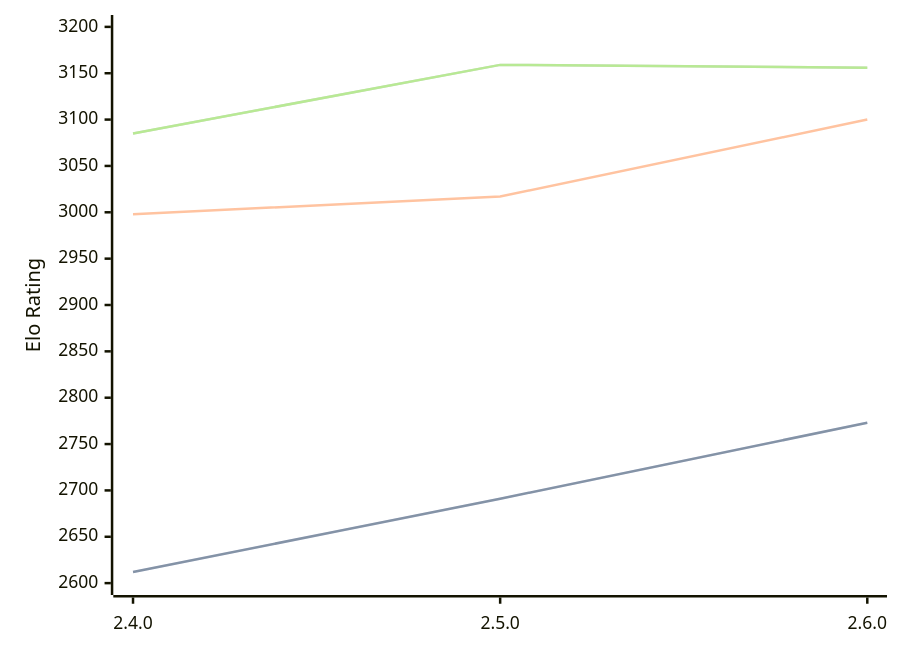
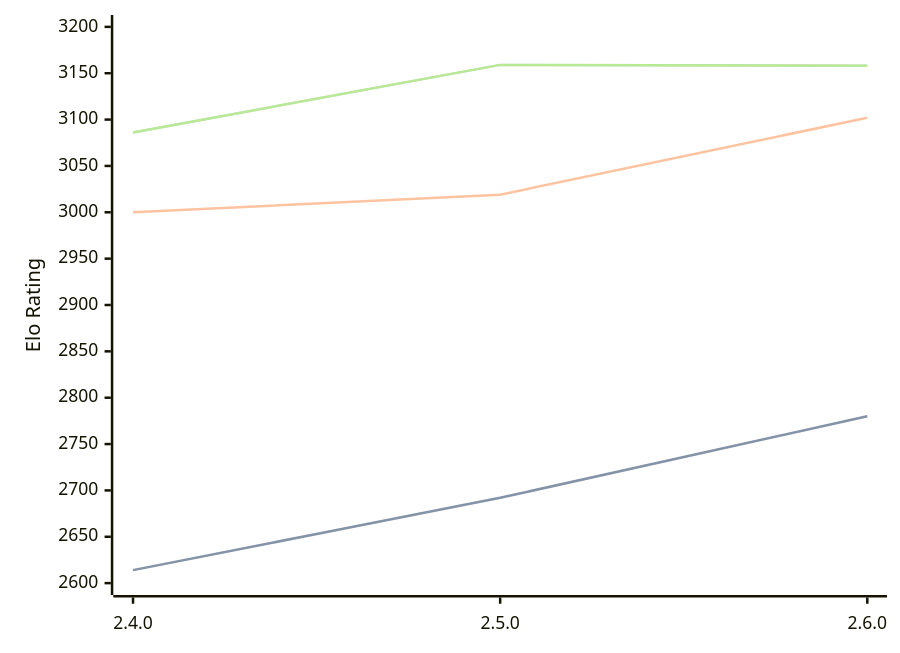
One commit to computer-chess-index/cci changed the diagram in engines/Sturddle2.md. Above: the diagram before and after it, drawn with Mermaid. The commit also changed other lines of this file, not shown here.

Commit message:
Update CCI Ratings (ELO VLTC) - 2026-08-21

````diff
--- a/engines/Sturddle2.md
+++ b/engines/Sturddle2.md
@@ -33,11 +33,11 @@
 ```mermaid
 %%{init: {"theme":"base","themeVariables":{"seriesColors:['#a3a3a3','#222221','#faa371']}}}%%
 xychart-beta
   x-axis ["2.4.0", "2.5.0", "2.6.0"]
   y-axis "Elo Rating" 2600 --> 3200
-  line "STC (8.0+0.08s)" [2612, 2691, 2773]
-  line "STC (8.0+0.08s)" [2612, 2691, 2773]
-  line "LTC (60.0+0.60s)" [2998, 3017, 3100]
-  line "VLTC (2m24s+1.12s)" [3085, 3159, 3156]
-  line "VLTC (2m24s+1.12s)" [3085, 3159, 3156]
+  line "STC (8.0+0.08s)" [2614, 2692, 2780]
+  line "STC (8.0+0.08s)" [2614, 2692, 2780]
+  line "LTC (60.0+0.60s)" [3000, 3019, 3102]
+  line "VLTC (2m24s+1.12s)" [3086, 3159, 3158]
+  line "VLTC (2m24s+1.12s)" [3086, 3159, 3158]
 ```
````
